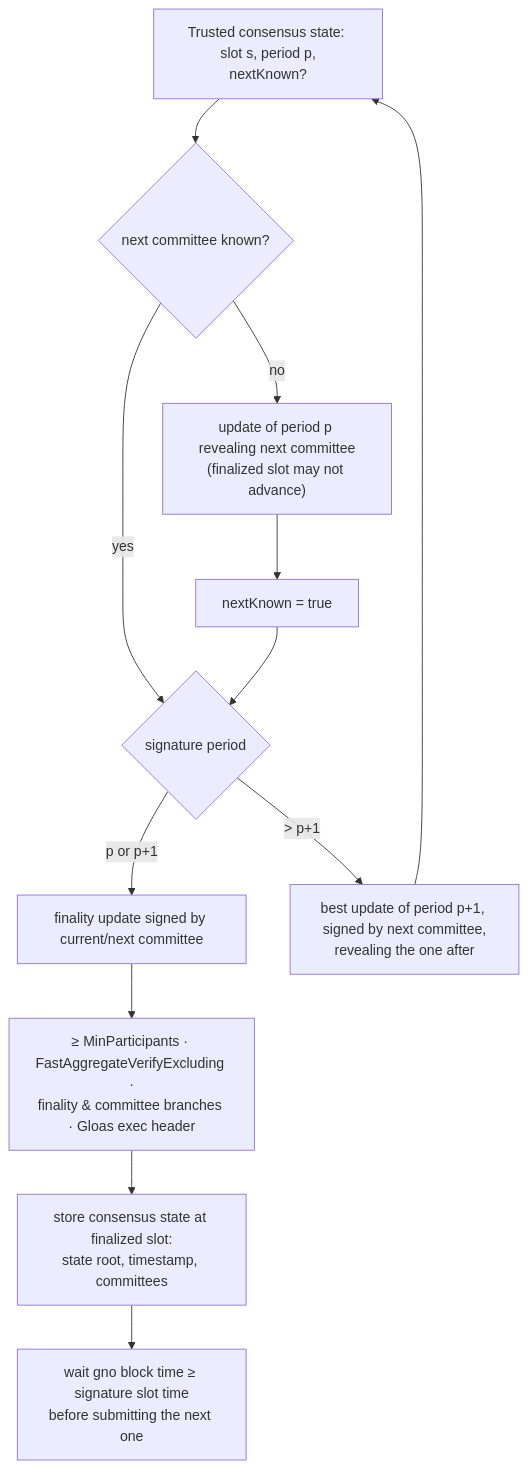
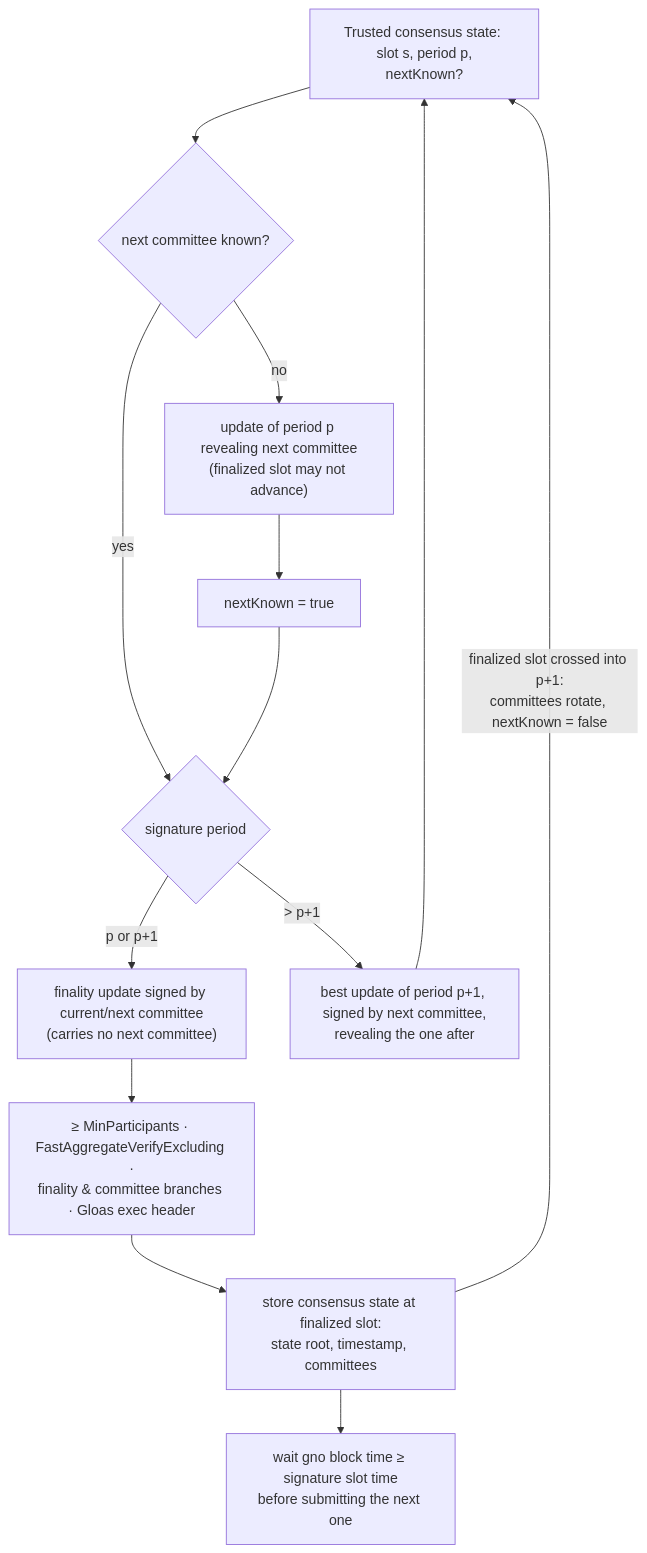
The sixth of 13 diagrams in gno.land/adr/pr6375_ibc_ethereum.md (gnolang/gno), drawn with Mermaid before and after one commit. The commit also changed other lines of this file, not shown here.

````diff
--- a/gno.land/adr/pr6375_ibc_ethereum.md
+++ b/gno.land/adr/pr6375_ibc_ethereum.md
@@ -464,13 +464,14 @@
 ```mermaid
 flowchart TD
   T[Trusted consensus state: slot s, period p,<br/>nextKnown?] --> K{next committee known?}
   K -- no --> NC["update of period p revealing next committee<br/>(finalized slot may not advance)"]
   NC --> K2[nextKnown = true]
   K -- yes --> PER{signature period}
   K2 --> PER
-  PER -- p or p+1 --> FIN[finality update signed by current/next committee]
+  PER -- p or p+1 --> FIN["finality update signed by current/next committee<br/>(carries no next committee)"]
   PER -- > p+1 --> CROSS[best update of period p+1, signed by next committee,<br/>revealing the one after] --> T
   FIN --> CHK[≥ MinParticipants · FastAggregateVerifyExcluding ·<br/>finality & committee branches · Gloas exec header]
   CHK --> CS[store consensus state at finalized slot:<br/>state root, timestamp, committees]
   CS --> W[wait gno block time ≥ signature slot time<br/>before submitting the next one]
+  CS -- "finalized slot crossed into p+1:<br/>committees rotate, nextKnown = false" --> T
 ```
````
